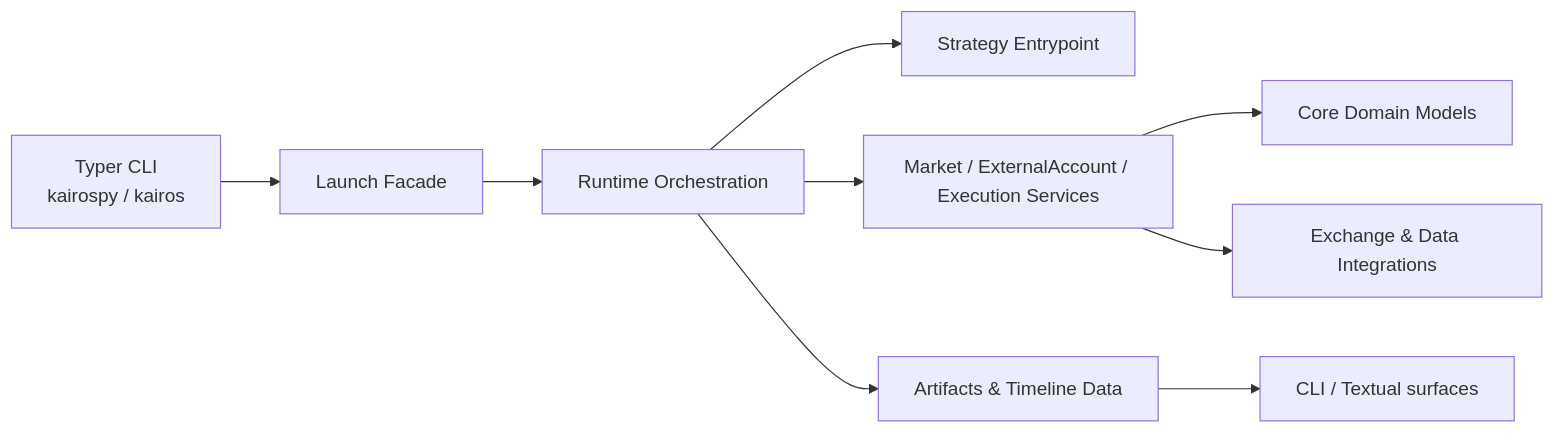
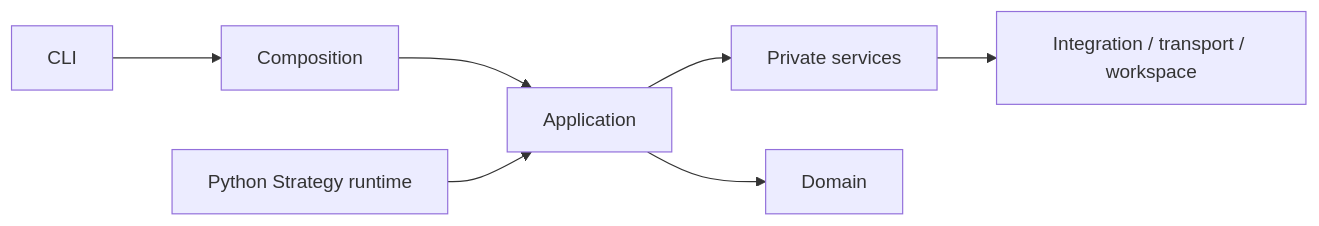
Before and after one commit to ChiaoTeo/kairos: the diagram in README.md, drawn with Mermaid. The commit also changed other lines of this file and 406 other files, not shown here.

First line of the commit message:
Add comprehensive tests for strategy decision application

````diff
--- a/README.md
+++ b/README.md
@@ -22,11 +55,9 @@
 ```mermaid
 flowchart LR
-    CLI["Typer CLI<br/>kairospy / kairos"] --> Launch["Launch Facade"]
-    Launch --> Runtime["Runtime Orchestration"]
-    Runtime --> Strategy["Strategy Entrypoint"]
-    Runtime --> Services["Market / ExternalAccount / Execution Services"]
-    Services --> Core["Core Domain Models"]
-    Services --> Integrations["Exchange & Data Integrations"]
-    Runtime --> Artifacts["Artifacts & Timeline Data"]
-    Artifacts --> Surface["CLI / Textual surfaces"]
+    CLI["CLI"] --> Composition["Composition"]
+    Composition --> Application["Application"]
+    Application --> Services["Private services"]
+    Application --> Domain["Domain"]
+    Services --> Platform["Integration / transport / workspace"]
+    Strategy["Python Strategy runtime"] --> Application
 ```
````
